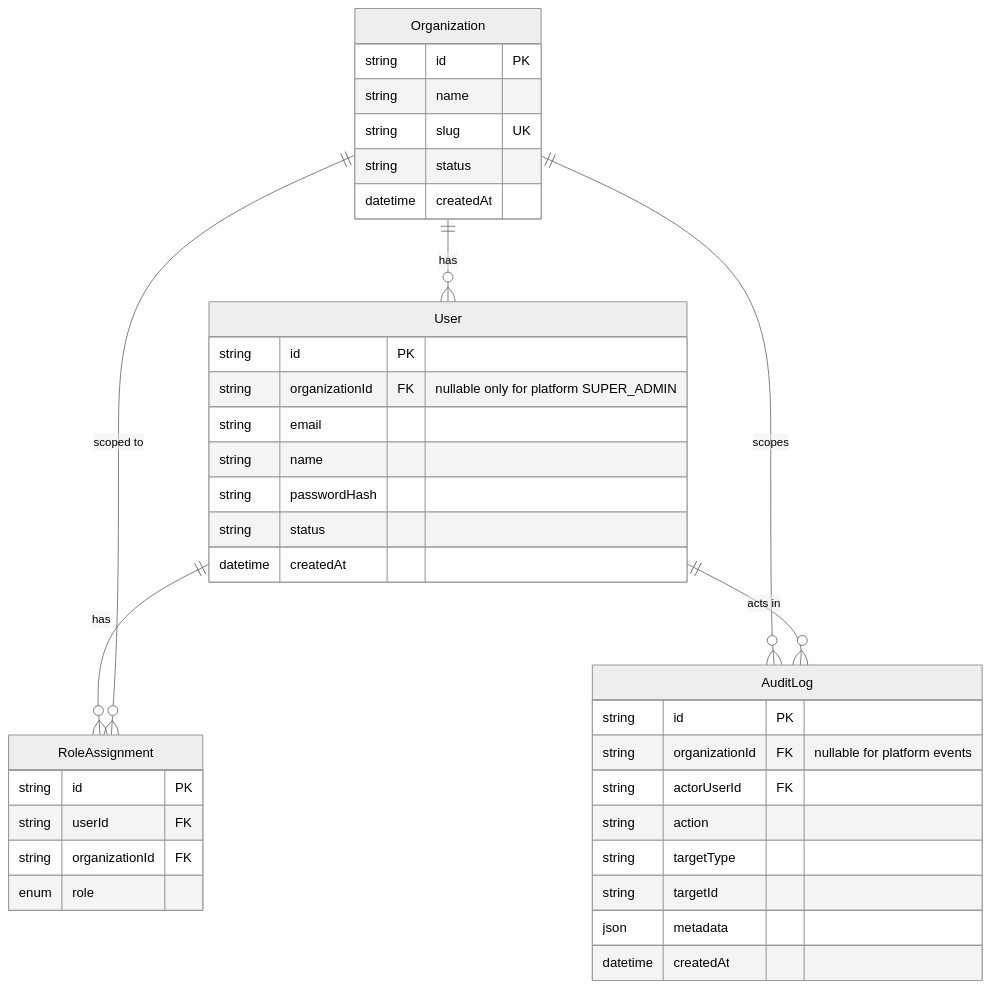
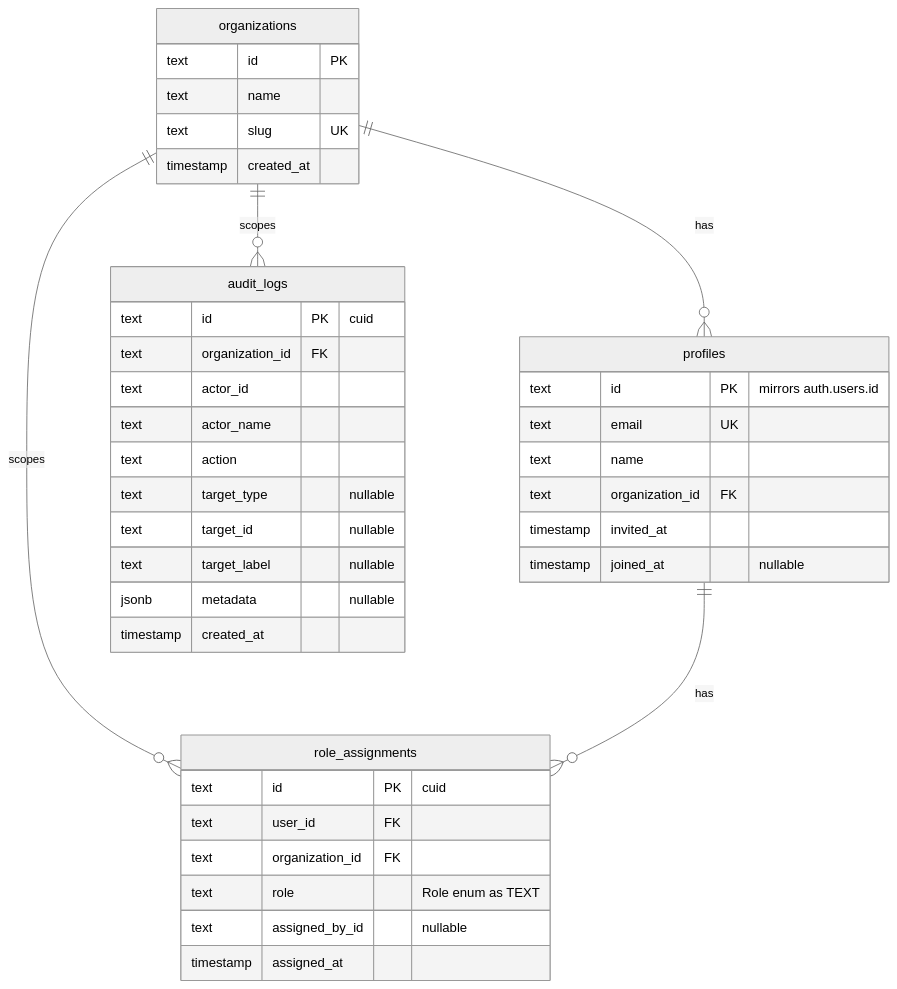
Before and after one commit to vnagatarun123-commits/CMS: the diagram in Docs/Data/Database-Schema.md, drawn with Mermaid (neutral theme). The commit also changed other lines of this file and 155 other files, not shown here.

````diff
--- a/Docs/Data/Database-Schema.md
+++ b/Docs/Data/Database-Schema.md
@@ -16,41 +16,42 @@
 ```mermaid
 erDiagram
-    Organization ||--o{ User : "has"
-    Organization ||--o{ AuditLog : "scopes"
-    User ||--o{ RoleAssignment : "has"
-    User ||--o{ AuditLog : "acts in"
-    RoleAssignment }o--|| Organization : "scoped to"
+    organizations ||--o{ profiles : "has"
+    organizations ||--o{ role_assignments : "scopes"
+    organizations ||--o{ audit_logs : "scopes"
+    profiles ||--o{ role_assignments : "has"
 
-    Organization {
-        string id PK
-        string name
-        string slug UK
-        string status
-        datetime createdAt
+    organizations {
+        text id PK
+        text name
+        text slug UK
+        timestamp created_at
     }
-    User {
-        string id PK
-        string organizationId FK "nullable only for platform SUPER_ADMIN"
-        string email
-        string name
-        string passwordHash
-        string status
-        datetime createdAt
+    profiles {
+        text id PK "mirrors auth.users.id"
+        text email UK
+        text name
+        text organization_id FK
+        timestamp invited_at
+        timestamp joined_at "nullable"
     }
-    RoleAssignment {
-        string id PK
-        string userId FK
-        string organizationId FK
-        enum role
+    role_assignments {
+        text id PK "cuid"
+        text user_id FK
+        text organization_id FK
+        text role "Role enum as TEXT"
+        text assigned_by_id "nullable"
+        timestamp assigned_at
     }
-    AuditLog {
-        string id PK
-        string organizationId FK "nullable for platform events"
-        string actorUserId FK
-        string action
-        string targetType
-        string targetId
-        json metadata
-        datetime createdAt
+    audit_logs {
+        text id PK "cuid"
+        text organization_id FK
+        text actor_id
+        text actor_name
+        text action
+        text target_type "nullable"
+        text target_id "nullable"
+        text target_label "nullable"
+        jsonb metadata "nullable"
+        timestamp created_at
     }
 ```
````
